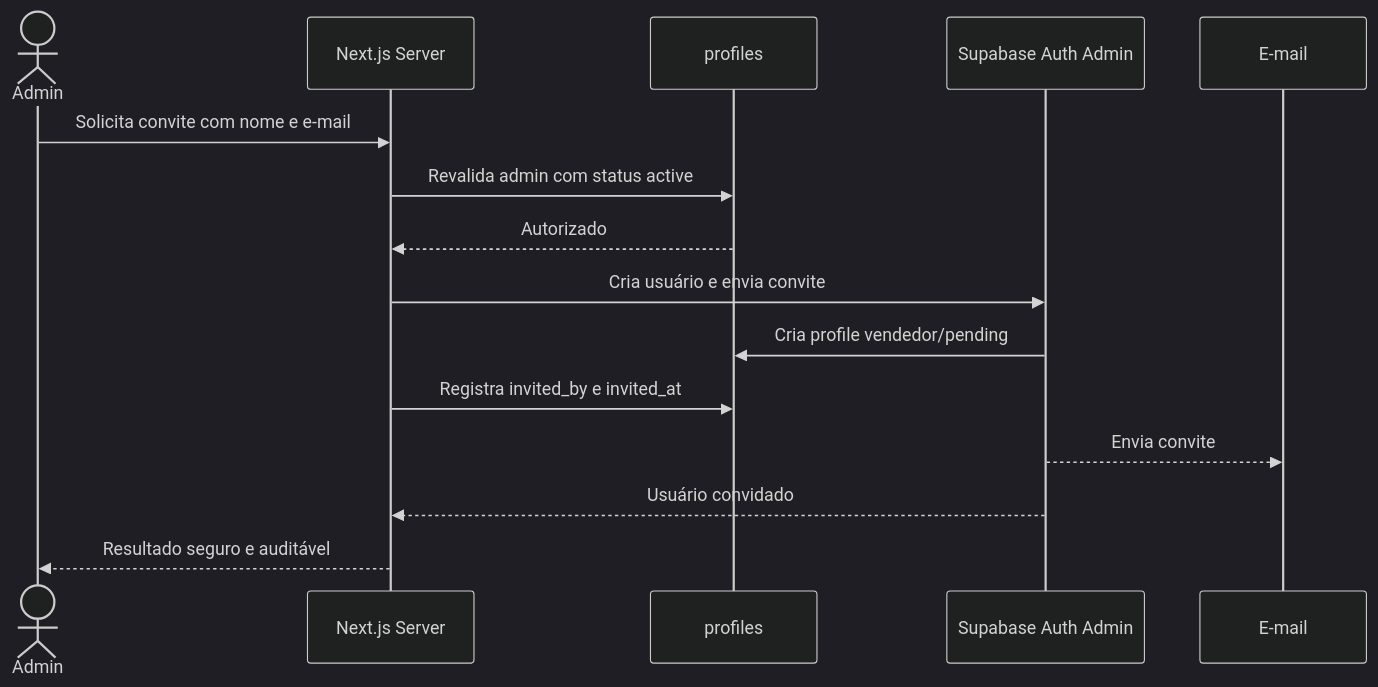
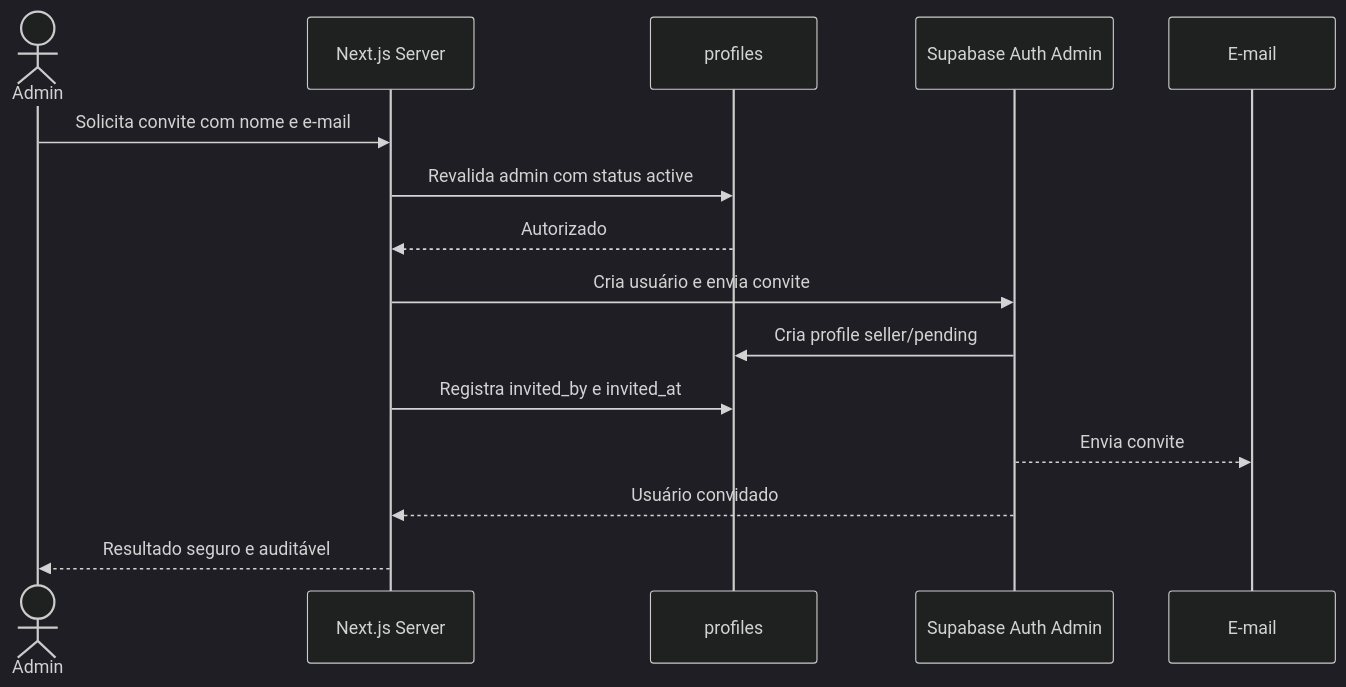
The third of 4 diagrams in docs/architecture/AUTHENTICATION_ARCHITECTURE.md (leandrovteixeira/compra-car), drawn with Mermaid (dark theme) before and after one commit. The commit also changed other lines of this file and 19 other files, not shown here.

Commit message:
docs: consolidate Next.js admin architecture and retire Appsmith

````diff
--- a/docs/architecture/AUTHENTICATION_ARCHITECTURE.md
+++ b/docs/architecture/AUTHENTICATION_ARCHITECTURE.md
@@ -261,17 +264,17 @@
 ```mermaid
 sequenceDiagram
   actor ADM as Admin
   participant N as Next.js Server
   participant P as profiles
   participant A as Supabase Auth Admin
   participant E as E-mail
   ADM->>N: Solicita convite com nome e e-mail
   N->>P: Revalida admin com status active
   P-->>N: Autorizado
   N->>A: Cria usuário e envia convite
-  A->>P: Cria profile vendedor/pending
+  A->>P: Cria profile seller/pending
   N->>P: Registra invited_by e invited_at
   A-->>E: Envia convite
   A-->>N: Usuário convidado
   N-->>ADM: Resultado seguro e auditável
 ```
````
